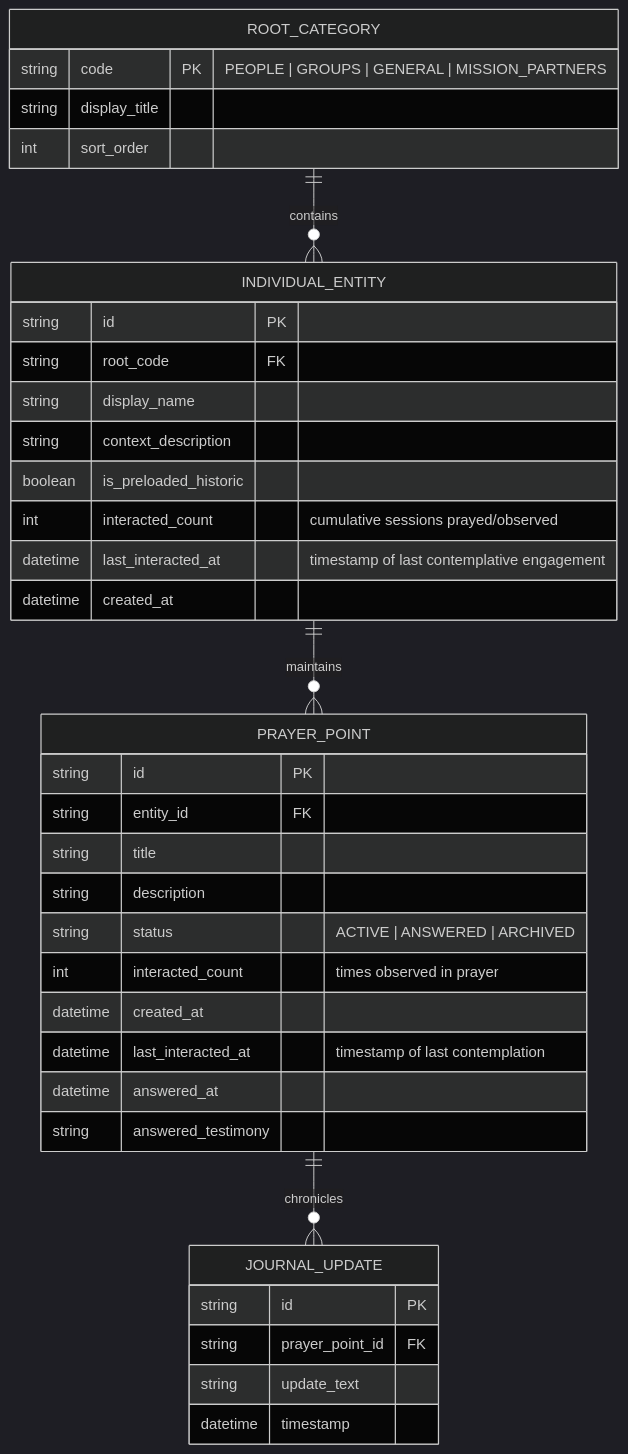
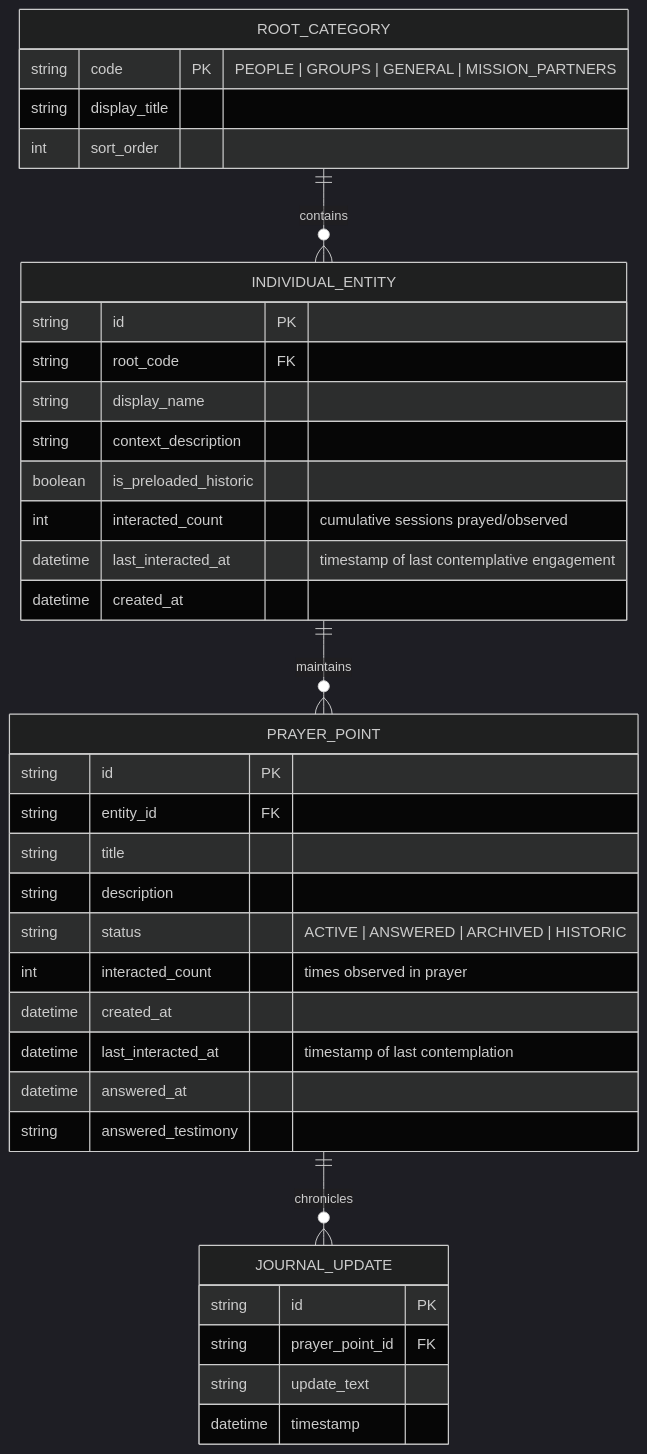
One commit to iamenianc/Prayer changed the first of 2 diagrams in planning/technical.md. Above: the diagram before and after it, drawn with Mermaid (dark theme). The commit also changed other lines of this file and 37 other files, not shown here.

````diff
--- a/planning/technical.md
+++ b/planning/technical.md
@@ -24,40 +25,40 @@
 ```mermaid
 erDiagram
     ROOT_CATEGORY ||--o{ INDIVIDUAL_ENTITY : "contains"
     INDIVIDUAL_ENTITY ||--o{ PRAYER_POINT : "maintains"
     PRAYER_POINT ||--o{ JOURNAL_UPDATE : "chronicles"
 
     ROOT_CATEGORY {
         string code PK "PEOPLE | GROUPS | GENERAL | MISSION_PARTNERS"
         string display_title
         int sort_order
     }
     INDIVIDUAL_ENTITY {
         string id PK
         string root_code FK
         string display_name
         string context_description
         boolean is_preloaded_historic
         int interacted_count "cumulative sessions prayed/observed"
         datetime last_interacted_at "timestamp of last contemplative engagement"
         datetime created_at
     }
     PRAYER_POINT {
         string id PK
         string entity_id FK
         string title
         string description
-        string status "ACTIVE | ANSWERED | ARCHIVED"
+        string status "ACTIVE | ANSWERED | ARCHIVED | HISTORIC"
         int interacted_count "times observed in prayer"
         datetime created_at
         datetime last_interacted_at "timestamp of last contemplation"
         datetime answered_at
         string answered_testimony
     }
     JOURNAL_UPDATE {
         string id PK
         string prayer_point_id FK
         string update_text
         datetime timestamp
     }
 ```
````
